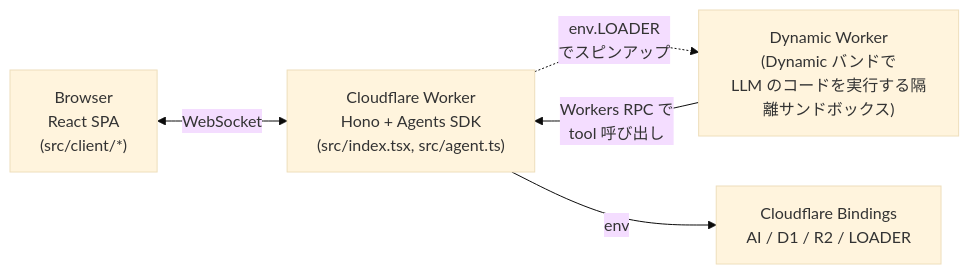
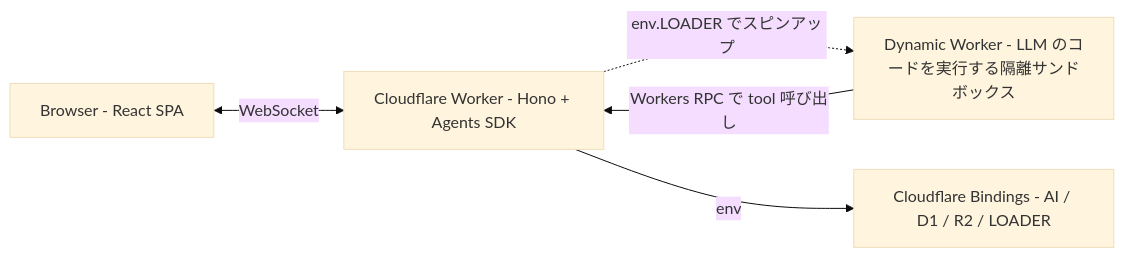
One commit to yusukebe/generative-ui-playground changed the first of 5 diagrams in README.md. Above: the diagram before and after it, drawn with Mermaid (base theme). The commit also changed other lines of this file, not shown here.

First line of the commit message:
fix(README): mermaid flowchart のラベルから特殊文字を除去

````diff
--- a/README.md
+++ b/README.md
@@ -69,12 +69,12 @@
 ```mermaid
 flowchart LR
-  B["Browser<br/>React SPA<br/>(src/client/*)"]
-  W["Cloudflare Worker<br/>Hono + Agents SDK<br/>(src/index.tsx, src/agent.ts)"]
-  S["Dynamic Worker<br/>(Dynamic バンドで<br/>LLM のコードを実行する隔離サンドボックス)"]
-  D["Cloudflare Bindings<br/>AI / D1 / R2 / LOADER"]
+  B["Browser - React SPA"]
+  W["Cloudflare Worker - Hono + Agents SDK"]
+  S["Dynamic Worker - LLM のコードを実行する隔離サンドボックス"]
+  D["Cloudflare Bindings - AI / D1 / R2 / LOADER"]
 
   B <-->|WebSocket| W
-  W -.->|env.LOADER<br/>でスピンアップ| S
-  S -->|Workers RPC で<br/>tool 呼び出し| W
+  W -.->|env.LOADER でスピンアップ| S
+  S -->|Workers RPC で tool 呼び出し| W
   W -->|env| D
 ```
````
